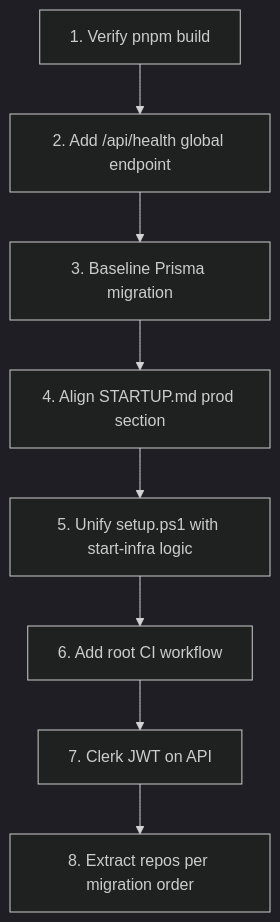
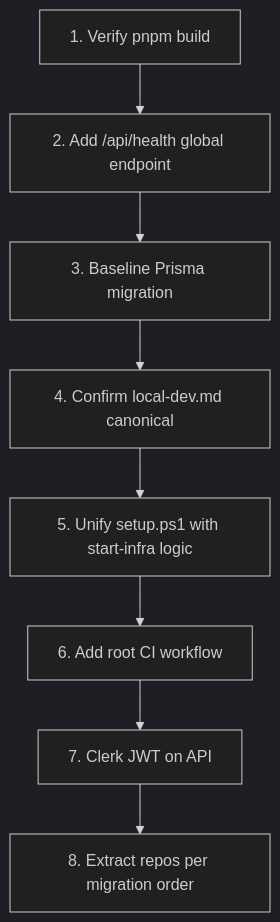
The fifth of 5 diagrams in .specify/decisions/known-gaps.md (The-Shakti-Collective/tsc-platform), drawn with Mermaid (dark theme) before and after one commit. The commit also changed other lines of this file and 164 other files, not shown here.

````diff
--- a/.specify/decisions/known-gaps.md
+++ b/.specify/decisions/known-gaps.md
@@ -196,19 +195,19 @@
 ```mermaid
 flowchart TD
     F1["1. Verify pnpm build"]
     F2["2. Add /api/health global endpoint"]
     F3["3. Baseline Prisma migration"]
-    F4["4. Align STARTUP.md prod section"]
+    F4["4. Confirm local-dev.md canonical"]
     F5["5. Unify setup.ps1 with start-infra logic"]
     F6["6. Add root CI workflow"]
     F7["7. Clerk JWT on API"]
     F8["8. Extract repos per migration order"]
 
     F1 --> F2
     F2 --> F3
     F3 --> F4
     F4 --> F5
     F5 --> F6
     F6 --> F7
     F7 --> F8
 ```
````
